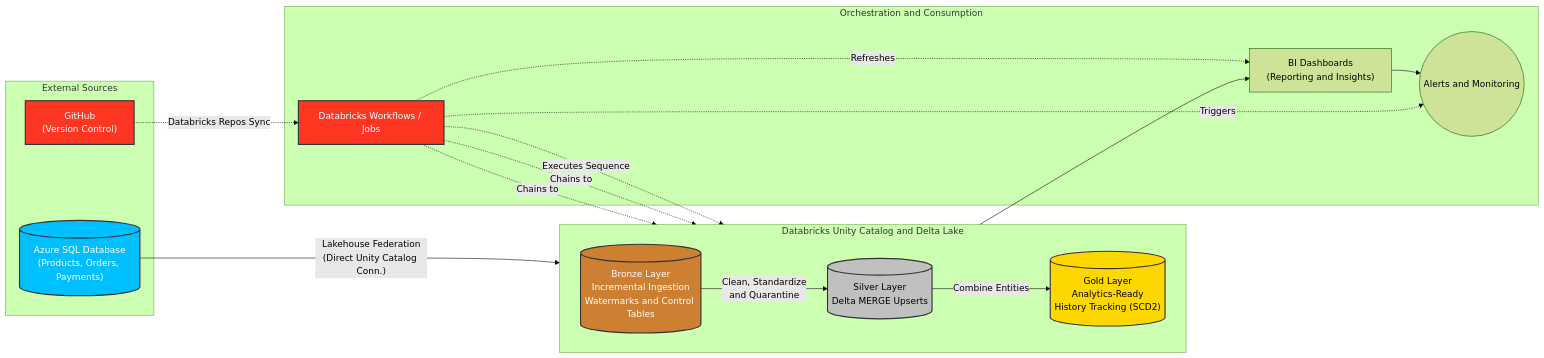
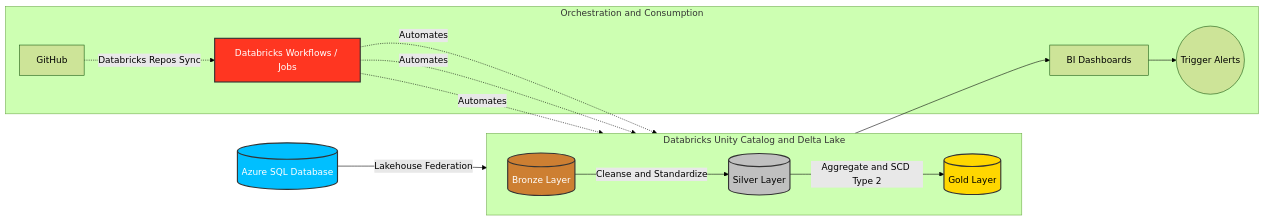
Before and after one commit to ahmedelsheikh109/Novacart-Case-Study: the diagram in README.md, drawn with Mermaid (forest theme).

Commit message:
Revert diagram to exactly match the screenshot layout without extra notes

````diff
--- a/README.md
+++ b/README.md
@@ -12,37 +12,27 @@
 ```mermaid
 graph LR
     %% Define styles for colors
     classDef bronze fill:#cd7f32,stroke:#333,stroke-width:2px,color:#fff;
     classDef silver fill:#c0c0c0,stroke:#333,stroke-width:2px,color:#000;
     classDef gold fill:#ffd700,stroke:#333,stroke-width:2px,color:#000;
     classDef sql fill:#00bfff,stroke:#333,stroke-width:2px,color:#fff;
     classDef databricks fill:#ff3621,stroke:#333,stroke-width:2px,color:#fff;
 
-    subgraph External_Systems [External Sources]
-        SQL[("Azure SQL Database<br>(Products, Orders, Payments)")]:::sql
-        GH["GitHub<br>(Version Control)"]:::databricks
-    end
-
-    SQL -->|"Lakehouse Federation<br>(Direct Unity Catalog Conn.)"| B
+    SQL[(Azure SQL Database)]:::sql -->|Lakehouse Federation| B
     
     subgraph Medallion Architecture [Databricks Unity Catalog and Delta Lake]
         direction LR
-        B[("Bronze Layer<br>Incremental Ingestion<br>Watermarks and Control Tables")]:::bronze
-        
-        B -->|"Clean, Standardize<br>and Quarantine"| S[("Silver Layer<br>Delta MERGE Upserts")]:::silver
-        
-        S -->|"Combine Entities"| G[("Gold Layer<br>Analytics-Ready<br>History Tracking (SCD2)")]:::gold
+        B[(Bronze Layer)]:::bronze -->|Cleanse and Standardize| S[(Silver Layer)]:::silver
+        S -->|Aggregate and SCD Type 2| G[(Gold Layer)]:::gold
     end
     
     subgraph Orchestration and Consumption
-        G --> BI["BI Dashboards<br>(Reporting and Insights)"]
-        BI --> AL(("Alerts and Monitoring"))
+        G --> BI[BI Dashboards]
+        BI --> AL((Trigger Alerts))
         
-        GH -.->|"Databricks Repos Sync"| W["Databricks Workflows / Jobs"]:::databricks
-        W -.->|"Executes Sequence"| B
-        W -.->|"Chains to"| S
-        W -.->|"Chains to"| G
-        W -.->|"Refreshes"| BI
-        W -.->|"Triggers"| AL
+        GH[GitHub] -.->|Databricks Repos Sync| W[Databricks Workflows / Jobs]:::databricks
+        W -.->|Automates| B
+        W -.->|Automates| S
+        W -.->|Automates| G
     end
 ```
````
